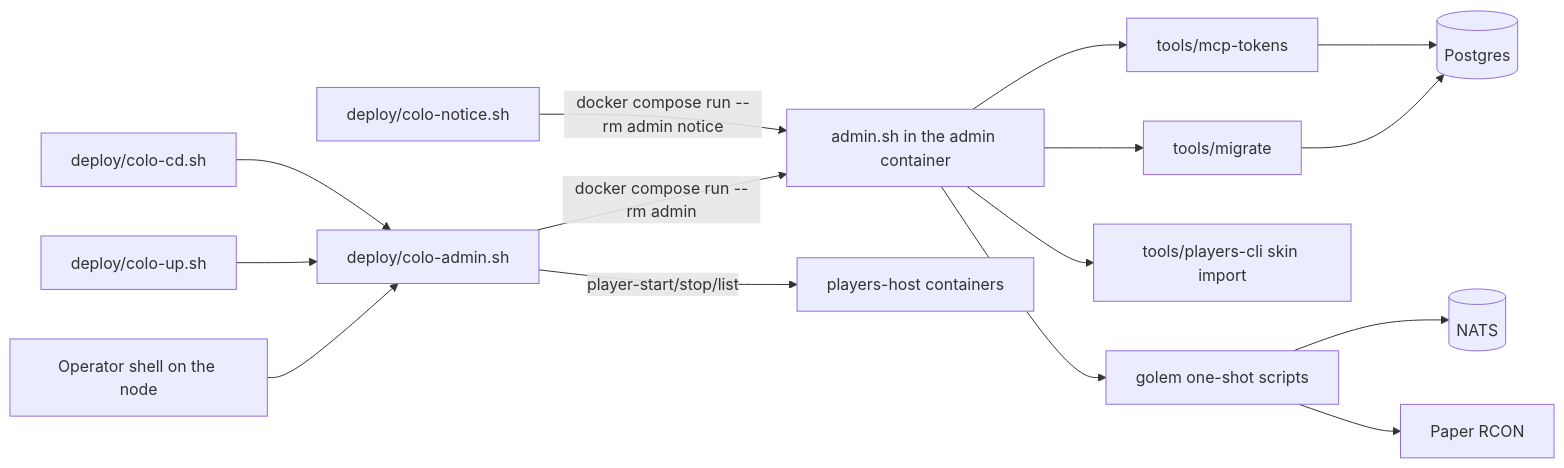
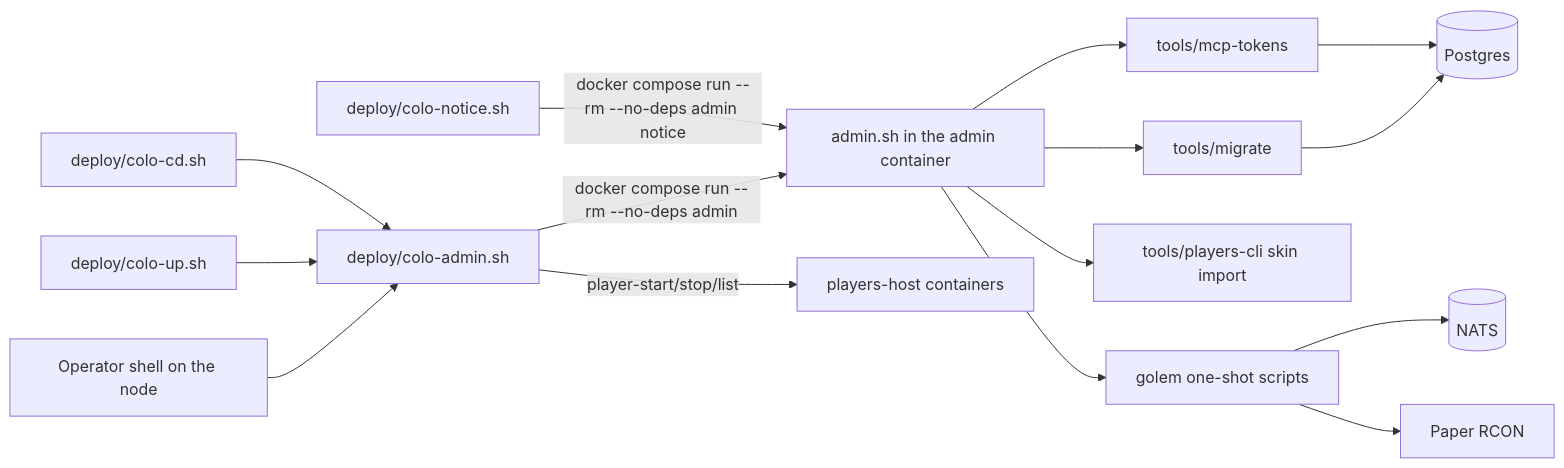
The diagram in docs/reference/admin-service.md (SandboxServers/geldar), drawn with Mermaid before and after one commit. The commit also changed other lines of this file and 5 other files, not shown here.

First line of the commit message:
Admin notice uses --no-deps; grep rule covers all deploy scripts

````diff
--- a/docs/reference/admin-service.md
+++ b/docs/reference/admin-service.md
@@ -27,17 +27,17 @@
 ```mermaid
 flowchart LR
   op[Operator shell on the node] --> ca[deploy/colo-admin.sh]
   cu[deploy/colo-up.sh] --> ca
   cd[deploy/colo-cd.sh] --> ca
-  ca -->|docker compose run --rm admin| ad[admin.sh in the admin container]
-  cn[deploy/colo-notice.sh] -->|docker compose run --rm admin notice| ad
+  ca -->|docker compose run --rm --no-deps admin| ad[admin.sh in the admin container]
+  cn[deploy/colo-notice.sh] -->|docker compose run --rm --no-deps admin notice| ad
   ad --> mig[tools/migrate]
   ad --> tok[tools/mcp-tokens]
   ad --> pcli[tools/players-cli skin import]
   ad --> gol[golem one-shot scripts]
   mig --> pg[(Postgres)]
   tok --> pg
   gol --> nats[(NATS)]
   gol --> paper[Paper RCON]
   ca -->|player-start/stop/list| ph[players-host containers]
 ```
````
